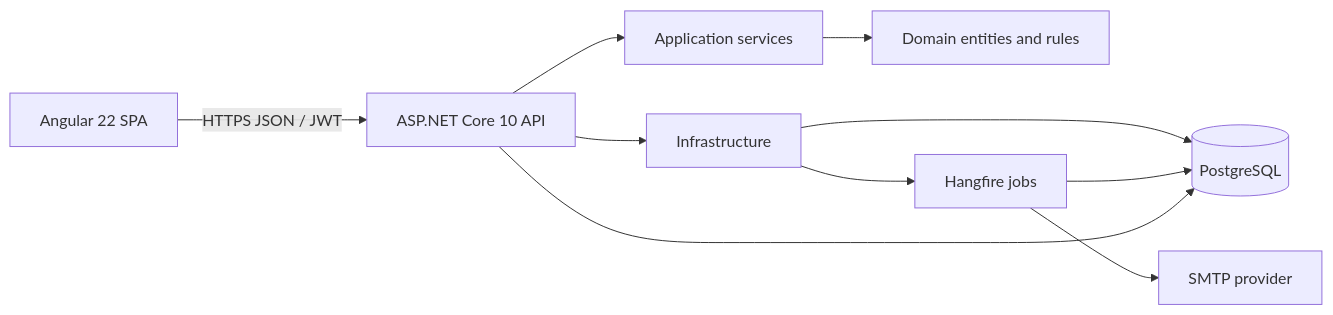
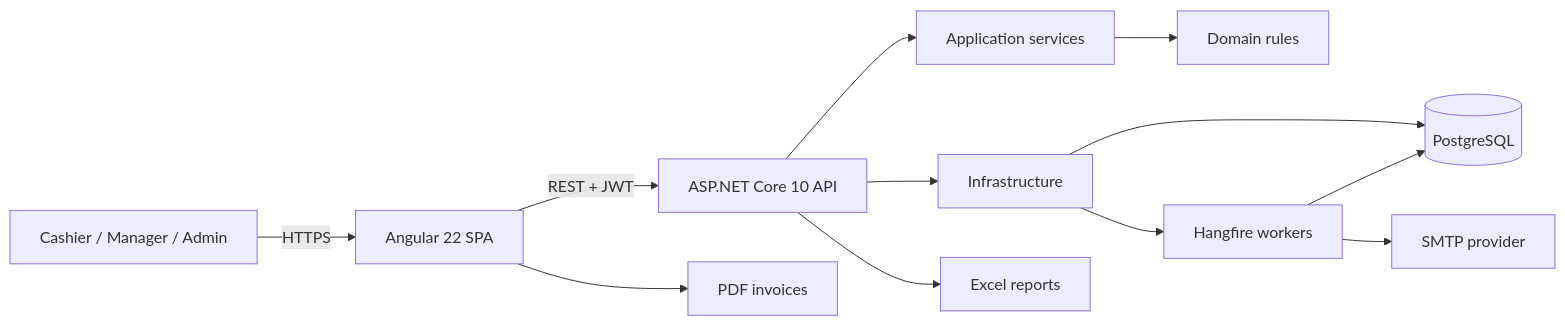
Before and after one commit to ahmadislam/PosSystem: the first of 3 diagrams in README.md, drawn with Mermaid. The commit also changed other lines of this file, not shown here.

````diff
--- a/README.md
+++ b/README.md
@@ -144,12 +76,14 @@
 ```mermaid
 flowchart LR
-  Browser[Angular 22 SPA] -->|HTTPS JSON / JWT| Api[ASP.NET Core 10 API]
-  Api --> App[Application services]
-  App --> Domain[Domain entities and rules]
-  Api --> Infra[Infrastructure]
-  Infra --> Db[(PostgreSQL)]
-  Infra --> Jobs[Hangfire jobs]
-  Jobs --> Db
-  Jobs --> SMTP[SMTP provider]
-  Api --> Db
+    User[Cashier / Manager / Admin] -->|HTTPS| SPA[Angular 22 SPA]
+    SPA -->|REST + JWT| API[ASP.NET Core 10 API]
+    API --> APP[Application services]
+    APP --> DOMAIN[Domain rules]
+    API --> INFRA[Infrastructure]
+    INFRA --> DB[(PostgreSQL)]
+    INFRA --> JOBS[Hangfire workers]
+    JOBS --> DB
+    JOBS --> SMTP[SMTP provider]
+    API --> EXCEL[Excel reports]
+    SPA --> PDF[PDF invoices]
 ```
````
